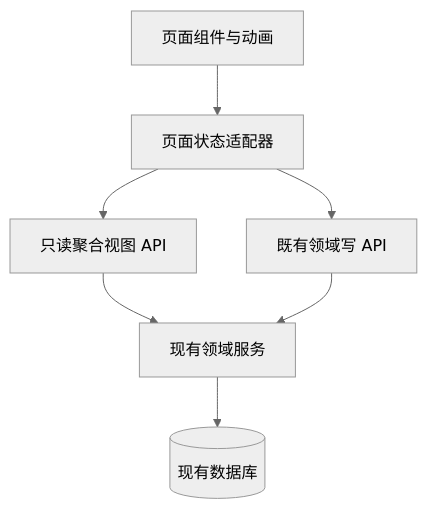
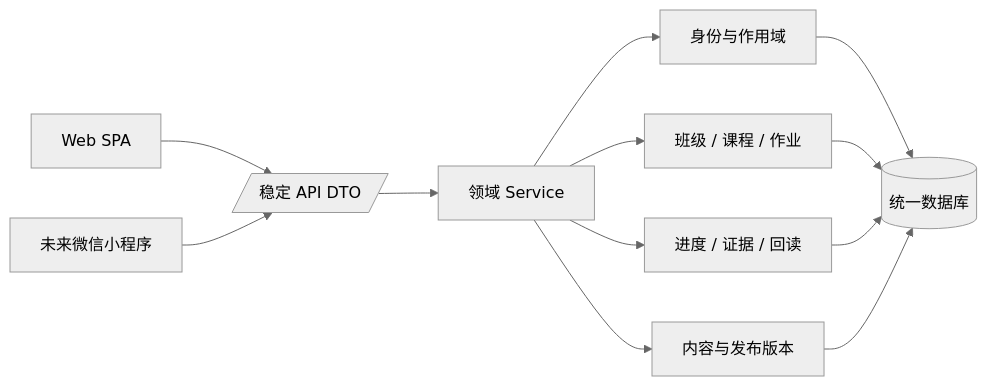
The third of 3 diagrams in doc/02-更新规划.md (falling-feather/Astra), drawn with Mermaid (neutral theme) before and after one commit. The commit also changed other lines of this file and 13 other files, not shown here.

````diff
--- a/doc/02-更新规划.md
+++ b/doc/02-更新规划.md
@@ -229,9 +373,14 @@
-```mermaid
-flowchart TB
-    PAGE[页面组件与动画] --> VIEW[页面状态适配器]
-    VIEW --> READ[只读聚合视图 API]
-    VIEW --> WRITE[既有领域写 API]
-    READ --> DOMAIN[现有领域服务]
-    WRITE --> DOMAIN
-    DOMAIN --> DATA[(现有数据库)]
-```
+~~~mermaid
+flowchart LR
+    WEB[Web SPA] --> DTO[/稳定 API DTO/]
+    MINI[未来微信小程序] --> DTO
+    DTO --> SERVICE[领域 Service]
+    SERVICE --> ACCESS[身份与作用域]
+    SERVICE --> CLASS[班级 / 课程 / 作业]
+    SERVICE --> LEARN[进度 / 证据 / 回读]
+    SERVICE --> CONTENT[内容与发布版本]
+    ACCESS --> DB[(统一数据库)]
+    CLASS --> DB
+    LEARN --> DB
+    CONTENT --> DB
+~~~
````
